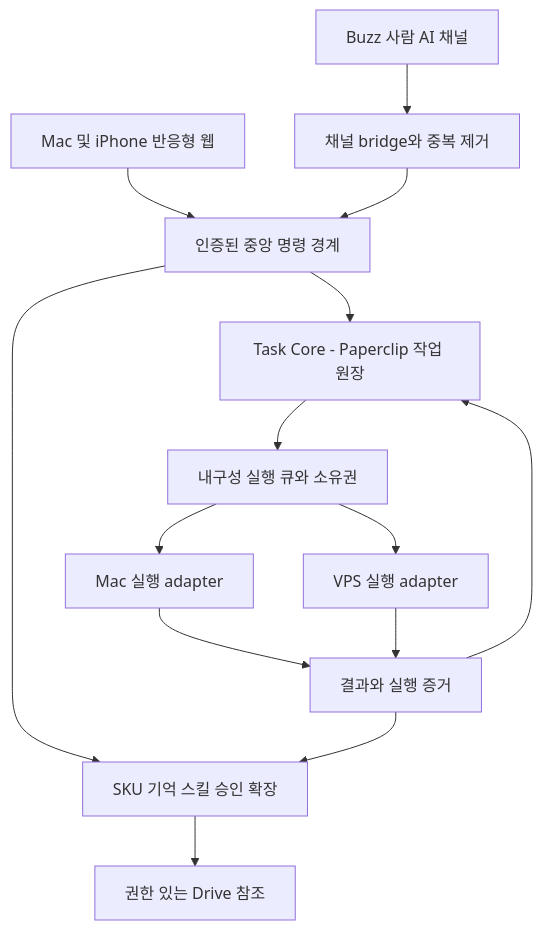
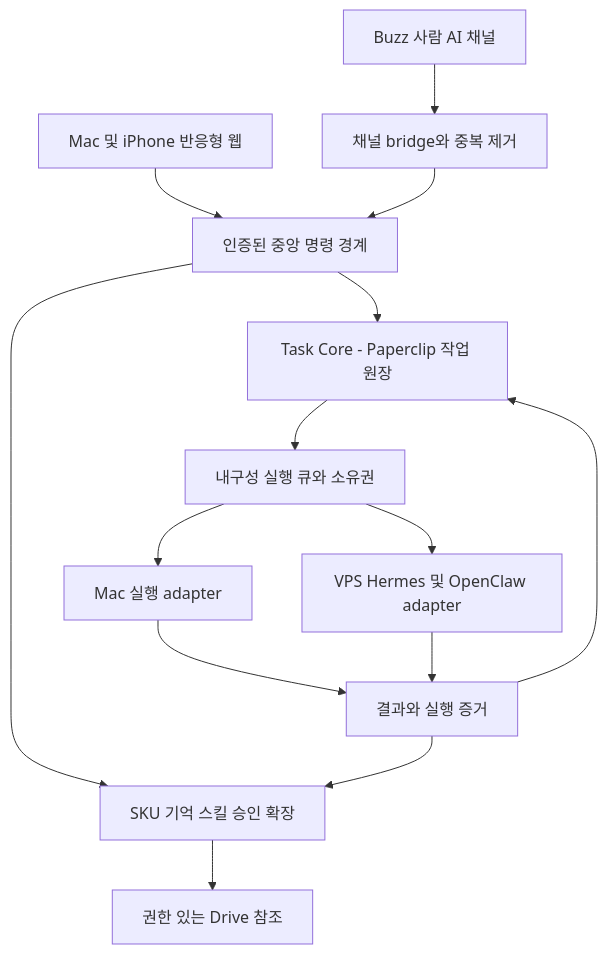
Before and after one commit to jskjw157/haar_workspace: the second of 2 diagrams in docs/PRD.md, drawn with Mermaid. The commit also changed other lines of this file and 11 other files, not shown here.

````diff
--- a/docs/PRD.md
+++ b/docs/PRD.md
@@ -294,16 +294,16 @@
 ```mermaid
 flowchart TD
     W[Mac 및 iPhone 반응형 웹] --> C[인증된 중앙 명령 경계]
     B[Buzz 사람 AI 채널] --> H[채널 bridge와 중복 제거]
     H --> C
     C --> T[Task Core - Paperclip 작업 원장]
     C --> X[SKU 기억 스킬 승인 확장]
     T --> Q[내구성 실행 큐와 소유권]
     Q --> M[Mac 실행 adapter]
-    Q --> V[VPS 실행 adapter]
+    Q --> V[VPS Hermes 및 OpenClaw adapter]
     M --> R[결과와 실행 증거]
     V --> R
     R --> T
     R --> X
     X --> D[권한 있는 Drive 참조]
 ```
````
